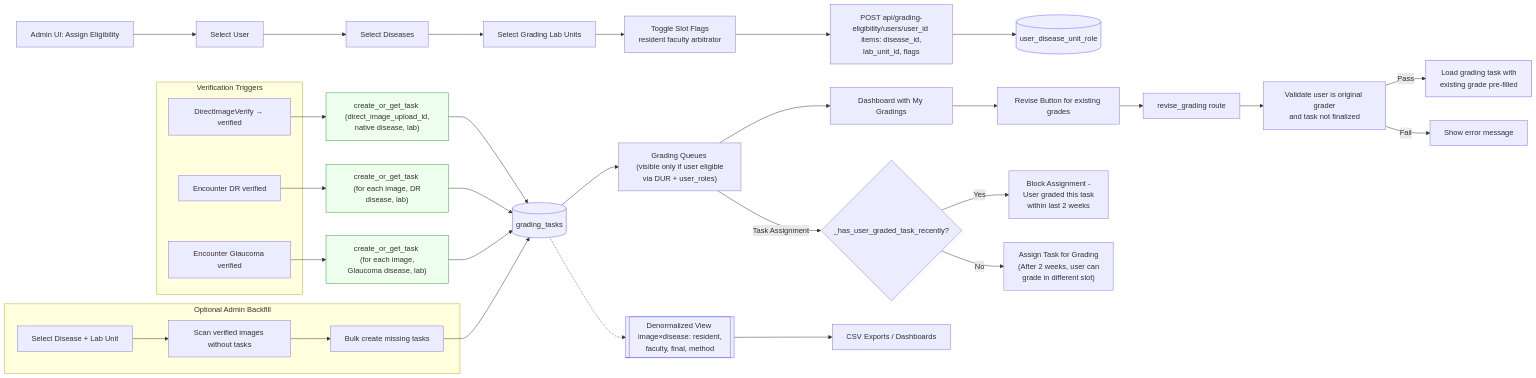
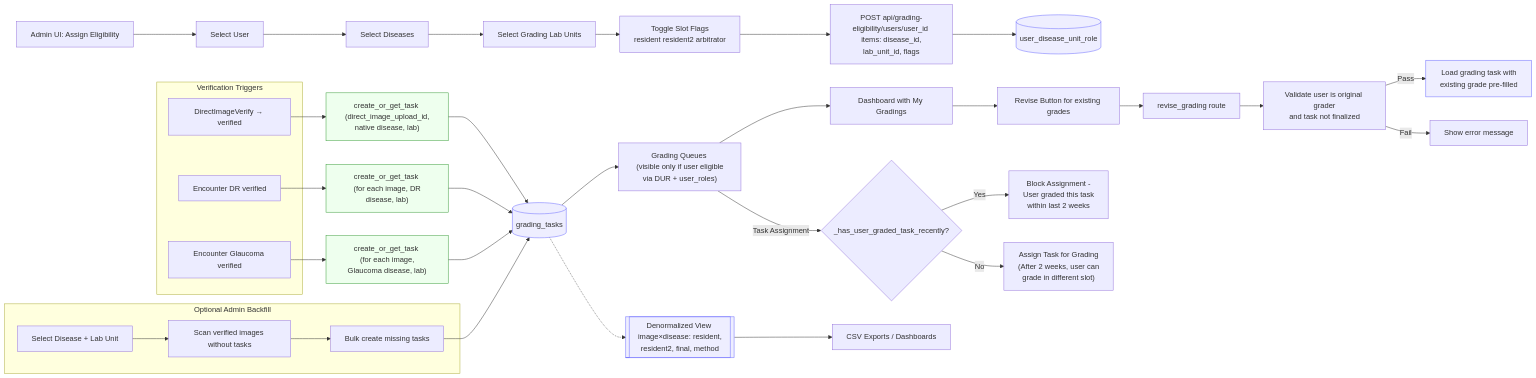
One commit to drguptavivek/fundus_img_xtract changed the second of 2 diagrams in TODO/dual_grading/001-overview.md. Above: the diagram before and after it, drawn with Mermaid. The commit also changed other lines of this file and 98 other files, not shown here.

````diff
--- a/TODO/dual_grading/001-overview.md
+++ b/TODO/dual_grading/001-overview.md
@@ -136,54 +136,54 @@
 ```mermaid
 flowchart LR
     A["Admin UI: Assign Eligibility"] --> F1["Select User"]
     F1 --> F2["Select Diseases"]
     F2 --> F3["Select Grading Lab Units"]
-    F3 --> F4["Toggle Slot Flags <br/> resident faculty arbitrator"]
+    F3 --> F4["Toggle Slot Flags <br/> resident resident2 arbitrator"]
     F4 --> API["POST api/grading-eligibility/users/user_id <br/> items: disease_id, lab_unit_id, flags"]
     API --> DUR[(user_disease_unit_role)]
 
     subgraph Verification Triggers
       V1[DirectImageVerify → verified]
       V2[Encounter DR verified]
       V3[Encounter Glaucoma verified]
     end
 
     V1 --> SVC1["create_or_get_task <br/> (direct_image_upload_id, native disease, lab)"]
     V2 --> SVC2["create_or_get_task <br/> (for each image, DR disease, lab)"]
     V3 --> SVC3["create_or_get_task <br/> (for each image, Glaucoma disease, lab)"]
 
     SVC1 --> GT[(grading_tasks)]
     SVC2 --> GT
     SVC3 --> GT
 
     subgraph Optional Admin Backfill
       B1["Select Disease + Lab Unit"]
       B2["Scan verified images without tasks"]
       B3["Bulk create missing tasks"]
     end
     B1 --> B2 --> B3 --> GT
 
     GT --> Q["Grading Queues <br/> (visible only if user eligible via DUR + user_roles)"]
 
     %% Dashboard and Revision
     Q --> DASH["Dashboard with My Gradings"]
     DASH --> REV["Revise Button for existing grades"]
     REV --> REVFUNC["revise_grading route"]
     REVFUNC --> REVCHECK["Validate user is original grader<br/>and task not finalized"]
     REVCHECK -->|Pass| REVFLOW["Load grading task with<br/>existing grade pre-filled"]
     REVCHECK -->|Fail| ERROR["Show error message"]
 
     %% 2-Week Restriction Logic
     Q -->|Task Assignment| TWOR{_has_user_graded_task_recently?}
     TWOR -->|Yes| BLOCK["Block Assignment - <br/>User graded this task<br/>within last 2 weeks"]
     TWOR -->|No| ASSIGN["Assign Task for Grading<br/>(After 2 weeks, user can<br/>grade in different slot)"]
 
     %% Reporting/Exports
-    GT -.-> VIEW[["Denormalized View <br/> image×disease: resident, faculty, final, method"]]
+    GT -.-> VIEW[["Denormalized View <br/> image×disease: resident, resident2, final, method"]]
     VIEW --> CSV["CSV Exports / Dashboards"]
 
     classDef db fill:#eef,stroke:#66f,stroke-width:1px
     classDef svc fill:#efe,stroke:#393,stroke-width:1px
     class DUR,GT,VIEW,REVFLOW db
     class SVC1,SVC2,SVC3 svc
 ```
````
